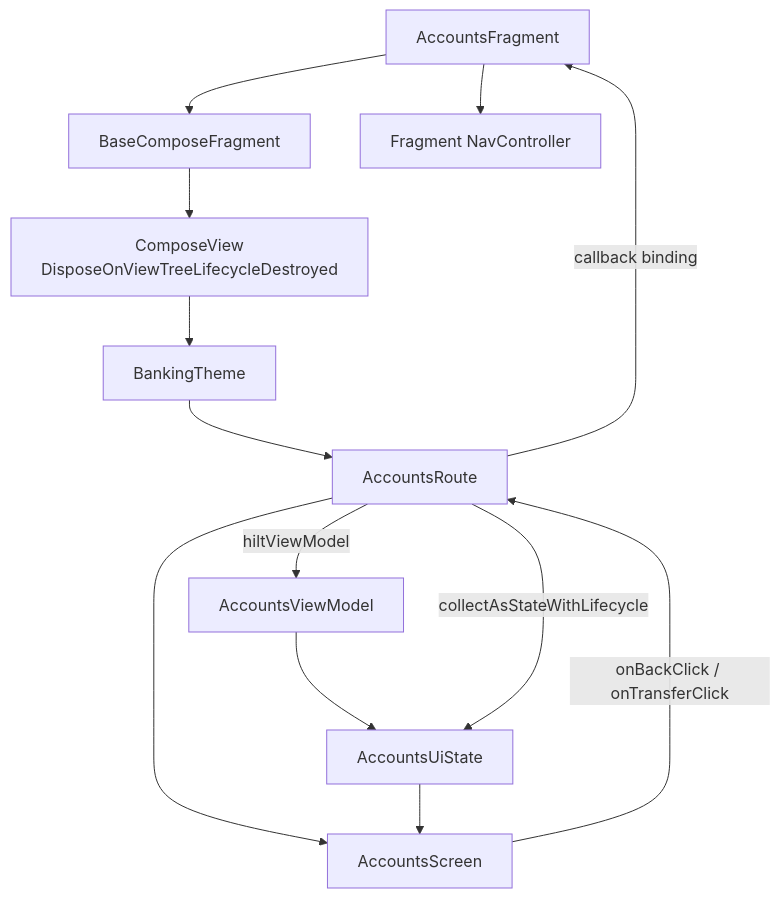
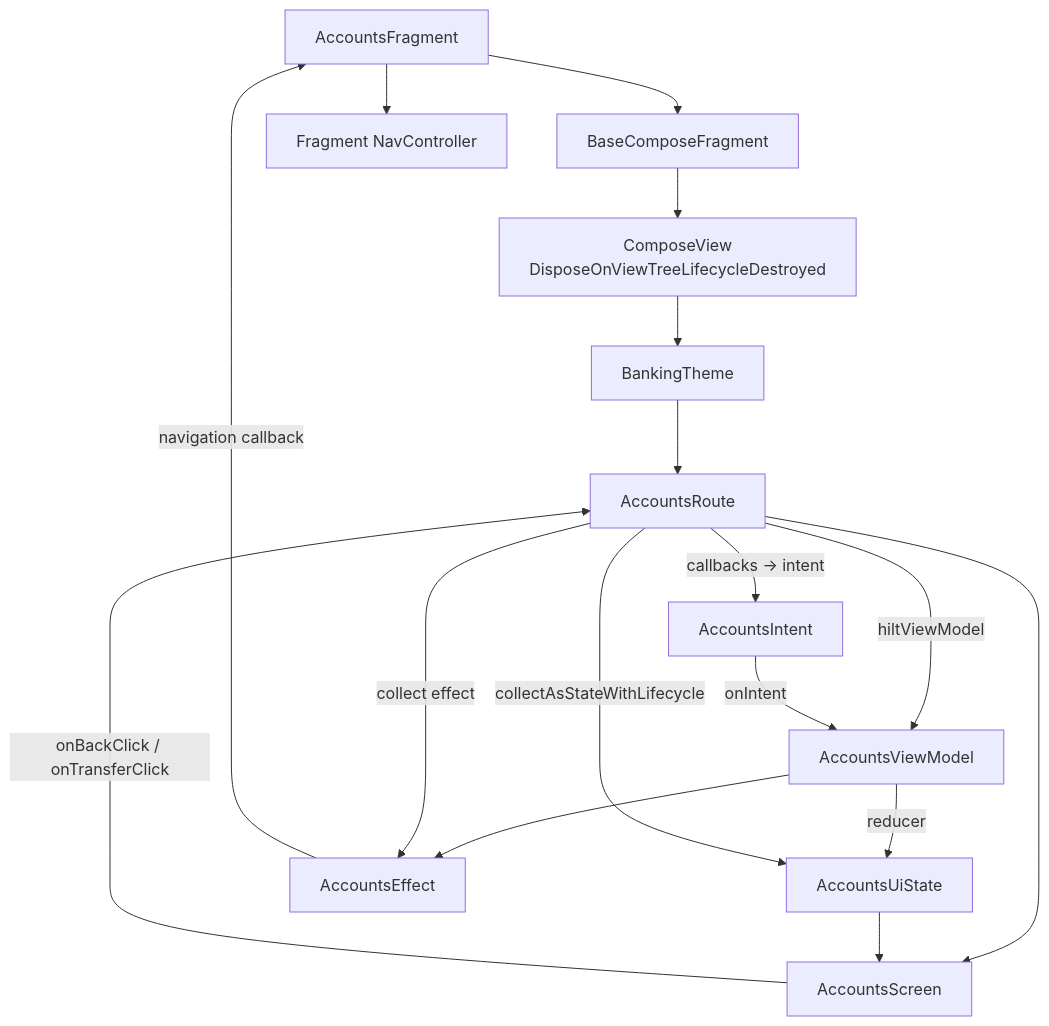
The third of 5 diagrams in docs/fragment-compose-codebase-mapping.md (onurKuscuogluTD/compose-mimari), drawn with Mermaid before and after one commit. The commit also changed other lines of this file and 20 other files, not shown here.

Commit message:
Add MVI presentation architecture

````diff
--- a/docs/fragment-compose-codebase-mapping.md
+++ b/docs/fragment-compose-codebase-mapping.md
@@ -96,25 +109,31 @@
 ```mermaid
 flowchart TD
     Fragment["AccountsFragment"]
     BaseCompose["BaseComposeFragment"]
     ComposeView["ComposeView\nDisposeOnViewTreeLifecycleDestroyed"]
     Theme["BankingTheme"]
     Route["AccountsRoute"]
     VM["AccountsViewModel"]
+    Intent["AccountsIntent"]
     State["AccountsUiState"]
+    Effect["AccountsEffect"]
     Screen["AccountsScreen"]
     Nav["Fragment NavController"]
 
     Fragment --> BaseCompose
     BaseCompose --> ComposeView
     ComposeView --> Theme
     Theme --> Route
     Route -->|"hiltViewModel"| VM
-    VM --> State
+    Route -->|"callbacks -> intent"| Intent
+    Intent -->|"onIntent"| VM
+    VM -->|"reducer"| State
+    VM --> Effect
     Route -->|"collectAsStateWithLifecycle"| State
+    Route -->|"collect effect"| Effect
     Route --> Screen
     State --> Screen
     Screen -->|"onBackClick / onTransferClick"| Route
-    Route -->|"callback binding"| Fragment
+    Effect -->|"navigation callback"| Fragment
     Fragment --> Nav
 ```
````
